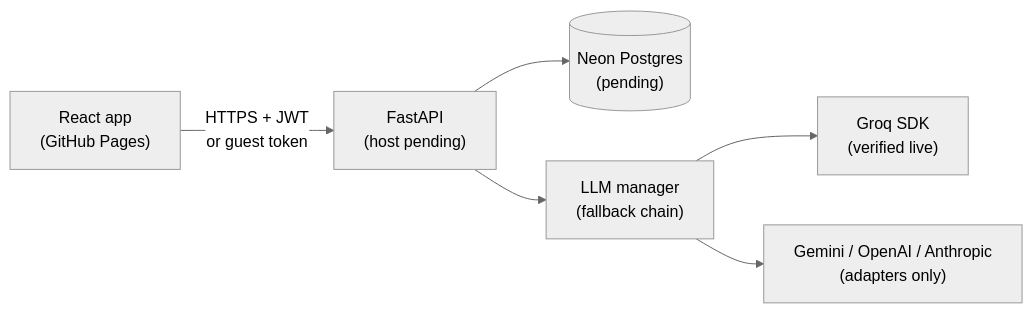
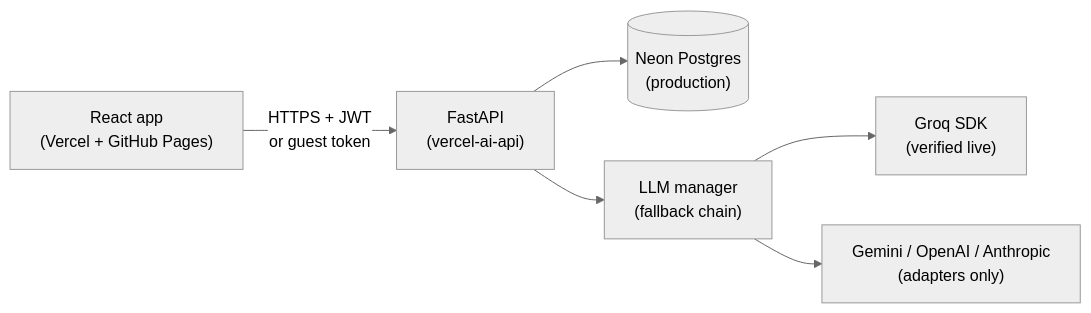
Before and after one commit to astroelaa/codementor-ai: the diagram in docs/PROJECT_OVERVIEW.md, drawn with Mermaid (neutral theme). The commit also changed other lines of this file and 3 other files, not shown here.

Commit message:
Docs: sync README/checklist/overview/audit with live production state (144 tests, URLs, Vercel deploy steps, SMTP 465)

````diff
--- a/docs/PROJECT_OVERVIEW.md
+++ b/docs/PROJECT_OVERVIEW.md
@@ -55,8 +56,8 @@
 ```mermaid
 flowchart LR
-    Browser["React app<br/>(GitHub Pages)"] -->|HTTPS + JWT<br/>or guest token| API["FastAPI<br/>(host pending)"]
-    API --> DB[("Neon Postgres<br/>(pending)")]
+    Browser["React app<br/>(Vercel + GitHub Pages)"] -->|HTTPS + JWT<br/>or guest token| API["FastAPI<br/>(vercel-ai-api)"]
+    API --> DB[("Neon Postgres<br/>(production)")]
     API --> LLM["LLM manager<br/>(fallback chain)"]
     LLM --> G["Groq SDK<br/>(verified live)"]
     LLM --> F["Gemini / OpenAI / Anthropic<br/>(adapters only)"]
 ```
````
